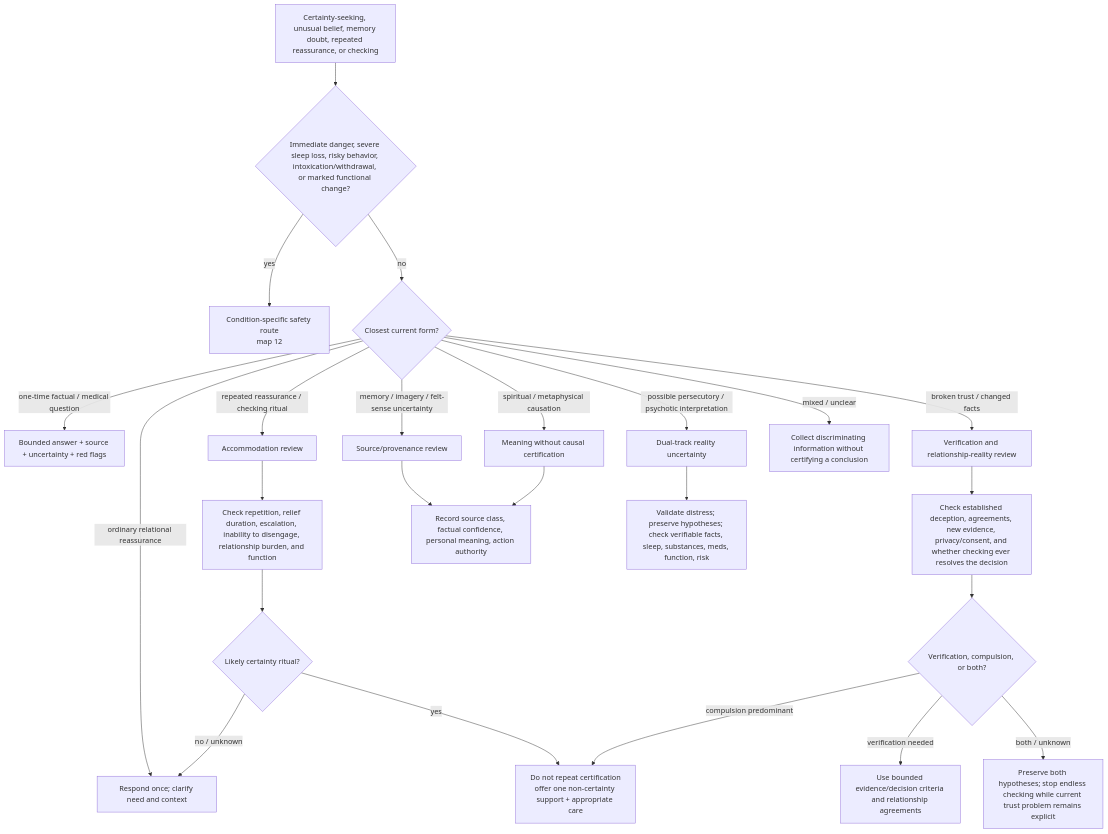
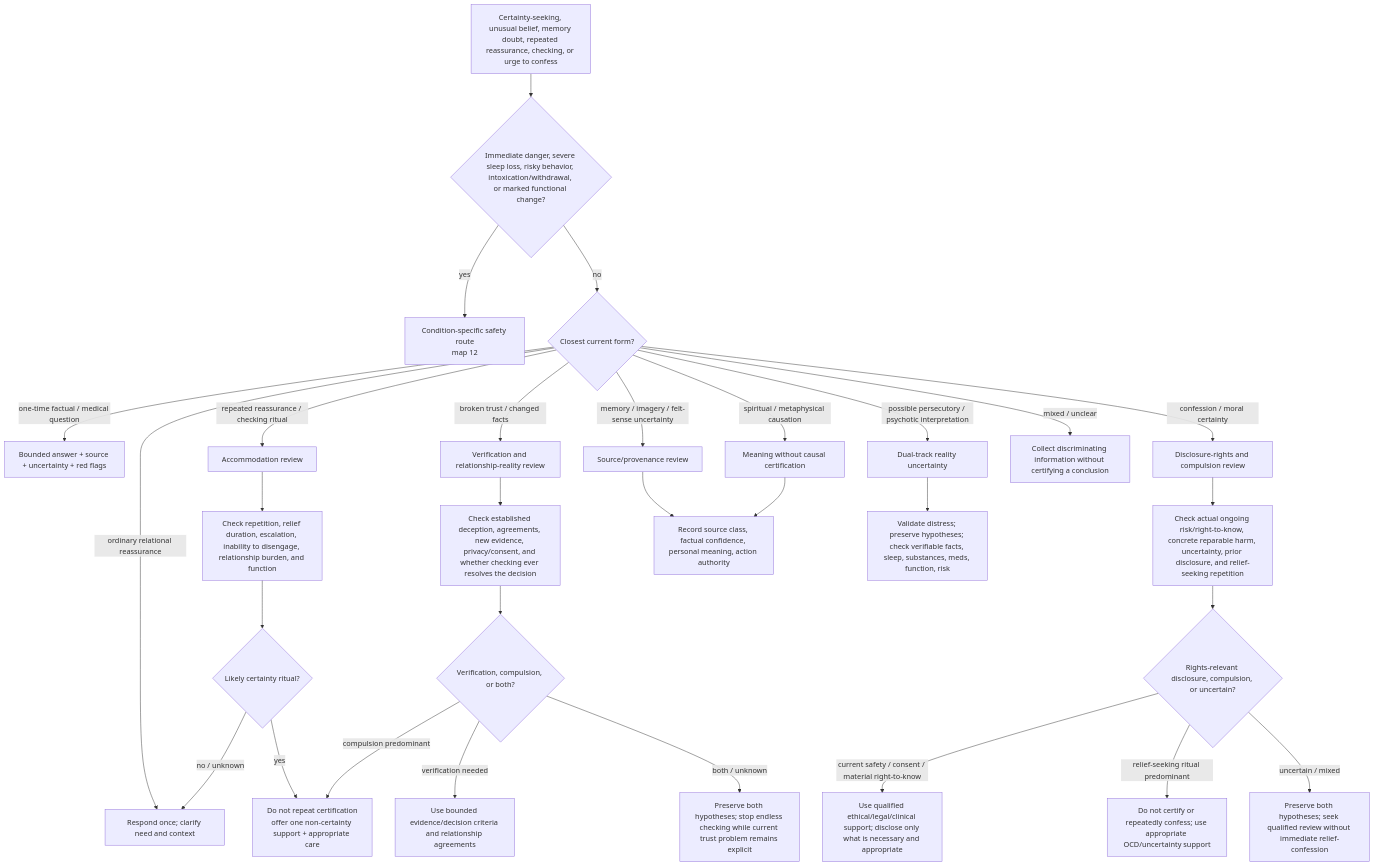
One commit to u-dont-existDOTcom/creativeTailSampling changed the diagram in analysis/inner_child_protocol/maps/10-REASSURANCE-CERTAINTY-AND-REALITY-UNCERTAINTY.md. Above: the diagram before and after it, drawn with Mermaid. The commit also changed other lines of this file, not shown here.

Commit message:
Add compulsive confession and disclosure-rights differential

````diff
--- a/analysis/inner_child_protocol/maps/10-REASSURANCE-CERTAINTY-AND-REALITY-UNCERTAINTY.md
+++ b/analysis/inner_child_protocol/maps/10-REASSURANCE-CERTAINTY-AND-REALITY-UNCERTAINTY.md
@@ -5,28 +5,34 @@
 ```mermaid
 flowchart TD
-    A["Certainty-seeking, unusual belief, memory doubt, repeated reassurance, or checking"] --> B{"Immediate danger, severe sleep loss, risky behavior, intoxication/withdrawal, or marked functional change?"}
+    A["Certainty-seeking, unusual belief, memory doubt, repeated reassurance, checking, or urge to confess"] --> B{"Immediate danger, severe sleep loss, risky behavior, intoxication/withdrawal, or marked functional change?"}
     B -- "yes" --> C["Condition-specific safety route<br/>map 12"]
     B -- "no" --> D{"Closest current form?"}
     D -- "one-time factual / medical question" --> E["Bounded answer + source + uncertainty + red flags"]
     D -- "ordinary relational reassurance" --> F["Respond once; clarify need and context"]
     D -- "repeated reassurance / checking ritual" --> G["Accommodation review"]
     D -- "broken trust / changed facts" --> G2["Verification and relationship-reality review"]
+    D -- "confession / moral certainty" --> G3["Disclosure-rights and compulsion review"]
     D -- "memory / imagery / felt-sense uncertainty" --> H["Source/provenance review"]
     D -- "spiritual / metaphysical causation" --> I["Meaning without causal certification"]
     D -- "possible persecutory / psychotic interpretation" --> J["Dual-track reality uncertainty"]
     D -- "mixed / unclear" --> K["Collect discriminating information without certifying a conclusion"]
 
     G --> L["Check repetition, relief duration, escalation, inability to disengage, relationship burden, and function"]
     G2 --> L2["Check established deception, agreements, new evidence, privacy/consent, and whether checking ever resolves the decision"]
+    G3 --> L3["Check actual ongoing risk/right-to-know, concrete reparable harm, uncertainty, prior disclosure, and relief-seeking repetition"]
     L --> M{"Likely certainty ritual?"}
     M -- "yes" --> N["Do not repeat certification<br/>offer one non-certainty support + appropriate care"]
     M -- "no / unknown" --> F
     L2 --> M2{"Verification, compulsion, or both?"}
     M2 -- "verification needed" --> N2["Use bounded evidence/decision criteria and relationship agreements"]
     M2 -- "compulsion predominant" --> N
     M2 -- "both / unknown" --> N3["Preserve both hypotheses; stop endless checking while current trust problem remains explicit"]
+    L3 --> M3{"Rights-relevant disclosure, compulsion, or uncertain?"}
+    M3 -- "current safety / consent / material right-to-know" --> N4["Use qualified ethical/legal/clinical support; disclose only what is necessary and appropriate"]
+    M3 -- "relief-seeking ritual predominant" --> N5["Do not certify or repeatedly confess; use appropriate OCD/uncertainty support"]
+    M3 -- "uncertain / mixed" --> N6["Preserve both hypotheses; seek qualified review without immediate relief-confession"]
 
     H --> O["Record source class, factual confidence, personal meaning, action authority"]
     I --> O
     J --> P["Validate distress; preserve hypotheses; check verifiable facts, sleep, substances, meds, function, risk"]
 ```
````
